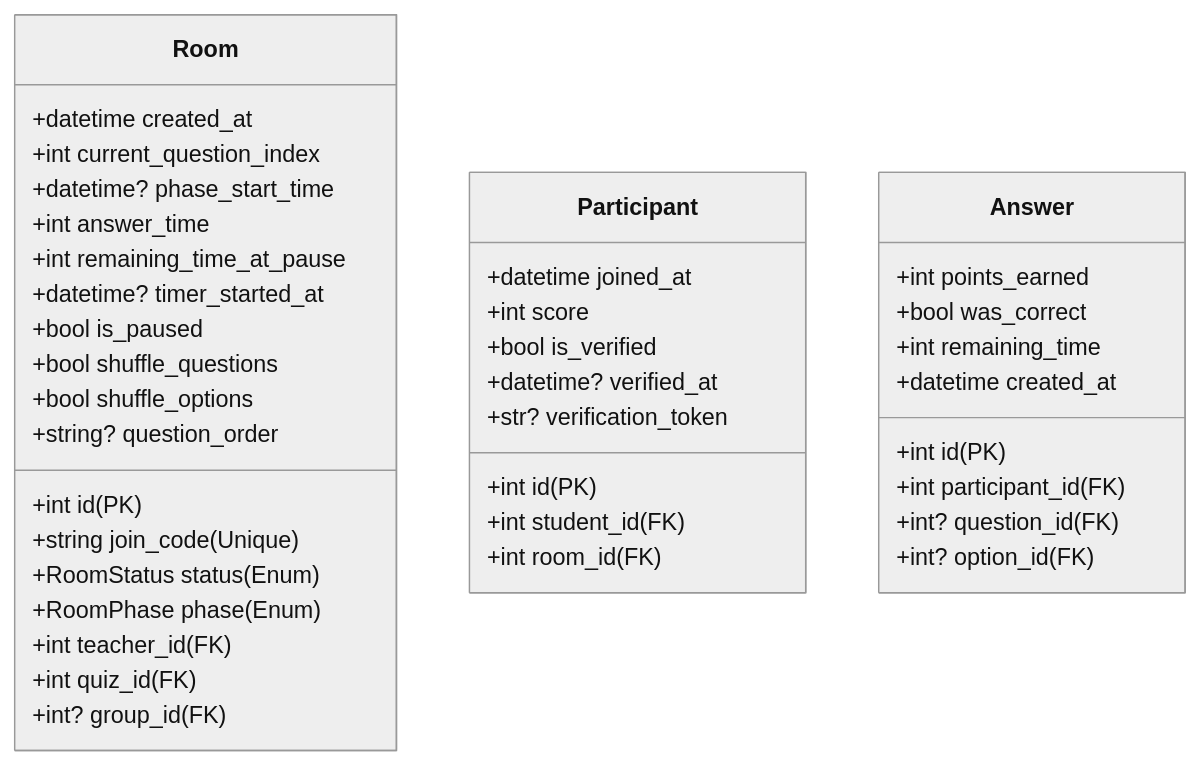
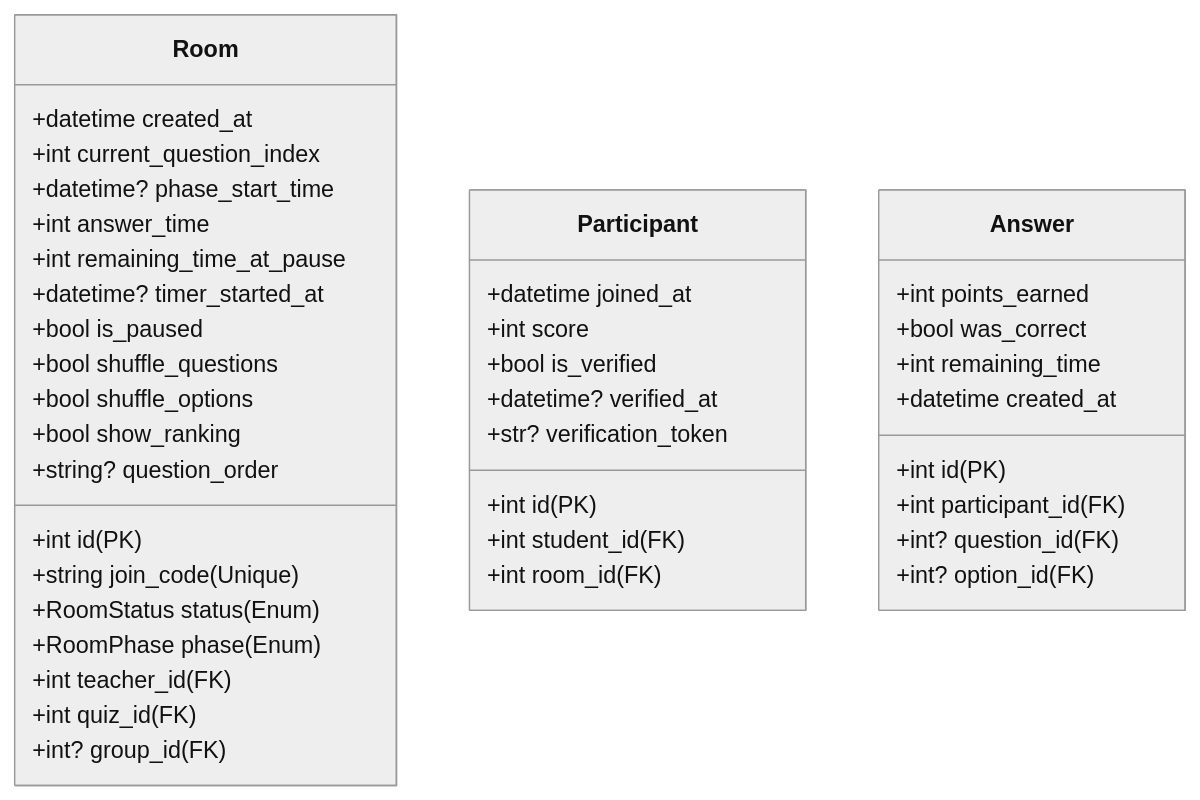
The third of 4 diagrams in docs/modelo_de_datos.md (frangago71/quizzie-TFG), drawn with Mermaid (neutral theme) before and after one commit. The commit also changed other lines of this file and 3 other files, not shown here.

First line of the commit message:
feat: add show ranking attribute to handle ranking visibility

````diff
--- a/docs/modelo_de_datos.md
+++ b/docs/modelo_de_datos.md
@@ -115,45 +116,46 @@
 ```mermaid
 classDiagram
     direction TB
     class Room {
             +int id (PK)
             +string join_code (Unique)
             +RoomStatus status (Enum)
             +datetime created_at
             +int current_question_index
             +RoomPhase phase (Enum)
             +datetime? phase_start_time
             +int answer_time
             +int remaining_time_at_pause
             +datetime? timer_started_at
             +bool is_paused
             +bool shuffle_questions
             +bool shuffle_options
+            +bool show_ranking
             +string? question_order
             +int teacher_id (FK)
             +int quiz_id (FK)
             +int? group_id (FK)
         }
 
     class Participant {
         +int id (PK)
         +datetime joined_at
         +int score
         +bool is_verified
         +datetime? verified_at
         +str? verification_token
         +int student_id (FK)
         +int room_id (FK)
     }
 
     class Answer {
         +int id (PK)
         +int points_earned
         +bool was_correct
         +int remaining_time
         +datetime created_at
         +int participant_id (FK)
         +int? question_id (FK)
         +int? option_id (FK)
     }
 ```
````
